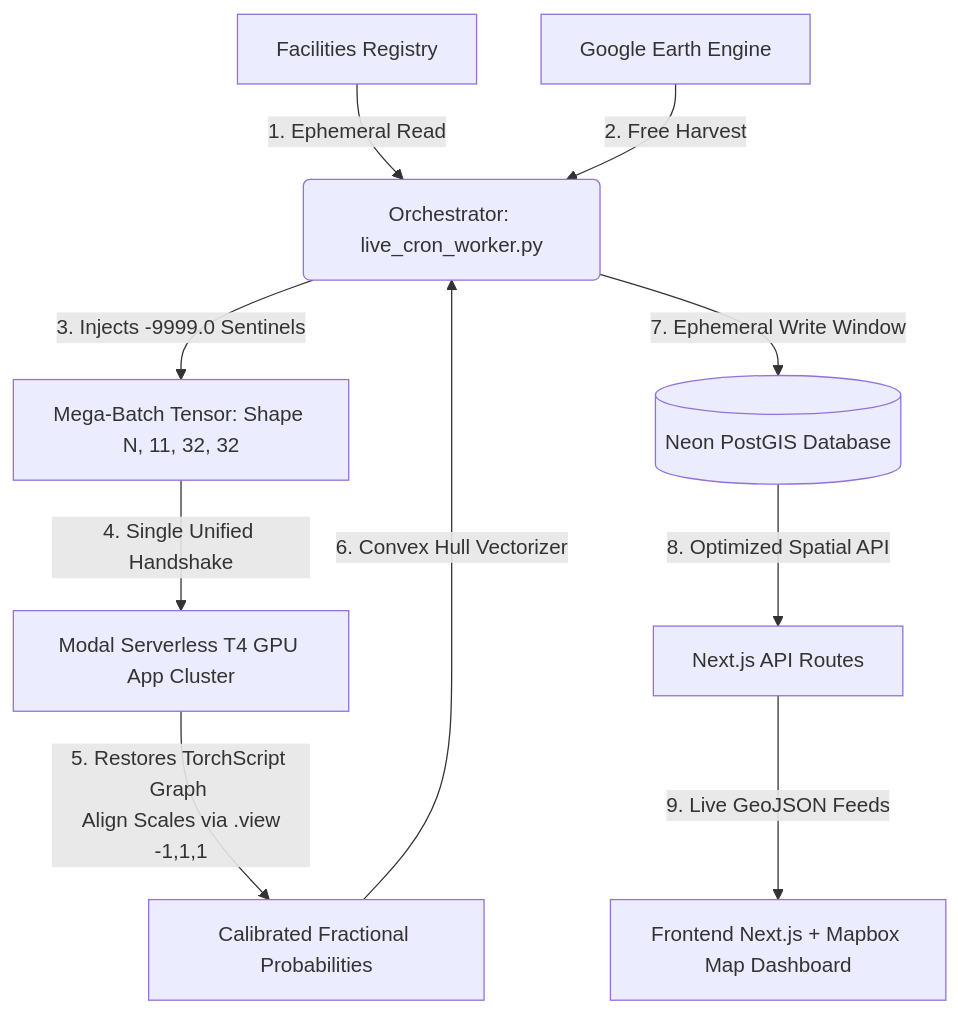
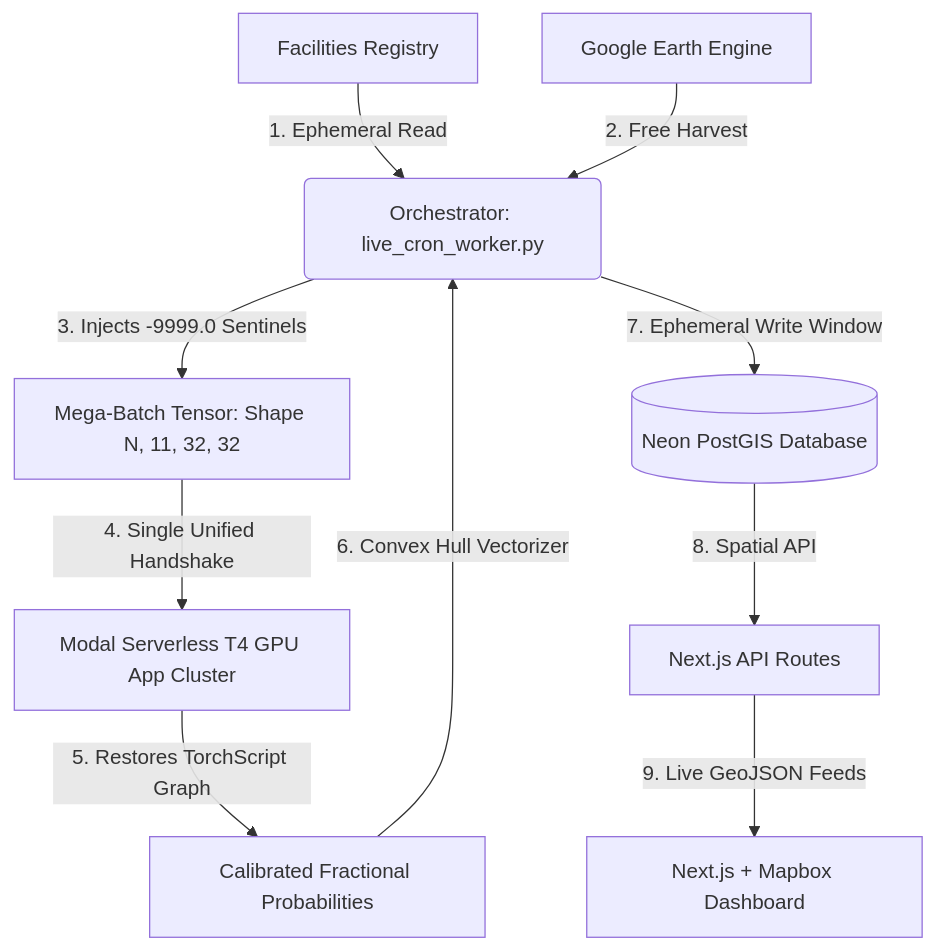
One commit to Avazbek2002/methane_leak changed the diagram in README.md. Above: the diagram before and after it, drawn with Mermaid. The commit also changed other lines of this file, not shown here.

````diff
--- a/README.md
+++ b/README.md
@@ -6,13 +30,12 @@
 ```mermaid
 flowchart TD
     A[Facilities Registry] -->|1. Ephemeral Read| B(Orchestrator: live_cron_worker.py)
     C[Google Earth Engine] -->|2. Free Harvest| B
     B -->|3. Injects -9999.0 Sentinels| D[Mega-Batch Tensor: Shape N, 11, 32, 32]
     D -->|4. Single Unified Handshake| E[Modal Serverless T4 GPU App Cluster]
-    E -->|5. Restores TorchScript Graph <br> Align Scales via .view -1,1,1| F[Calibrated Fractional Probabilities]
+    E -->|5. Restores TorchScript Graph| F[Calibrated Fractional Probabilities]
     F -->|6. Convex Hull Vectorizer| B
     B -->|7. Ephemeral Write Window| G[(Neon PostGIS Database)]
-    G -->|8. Optimized Spatial API| H[Next.js API Routes]
-    H -->|9. Live GeoJSON Feeds| I[Frontend Next.js + Mapbox Map Dashboard]
-
+    G -->|8. Spatial API| H[Next.js API Routes]
+    H -->|9. Live GeoJSON Feeds| I[Next.js + Mapbox Dashboard]
 ```
````
